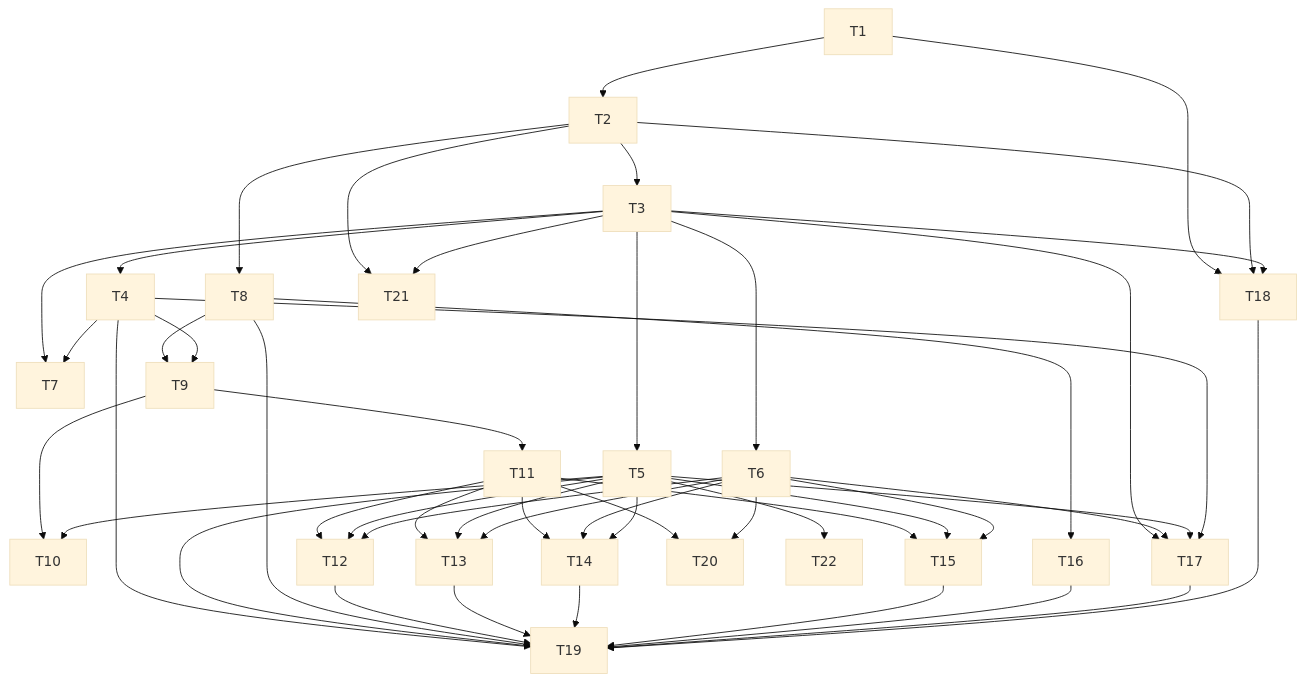
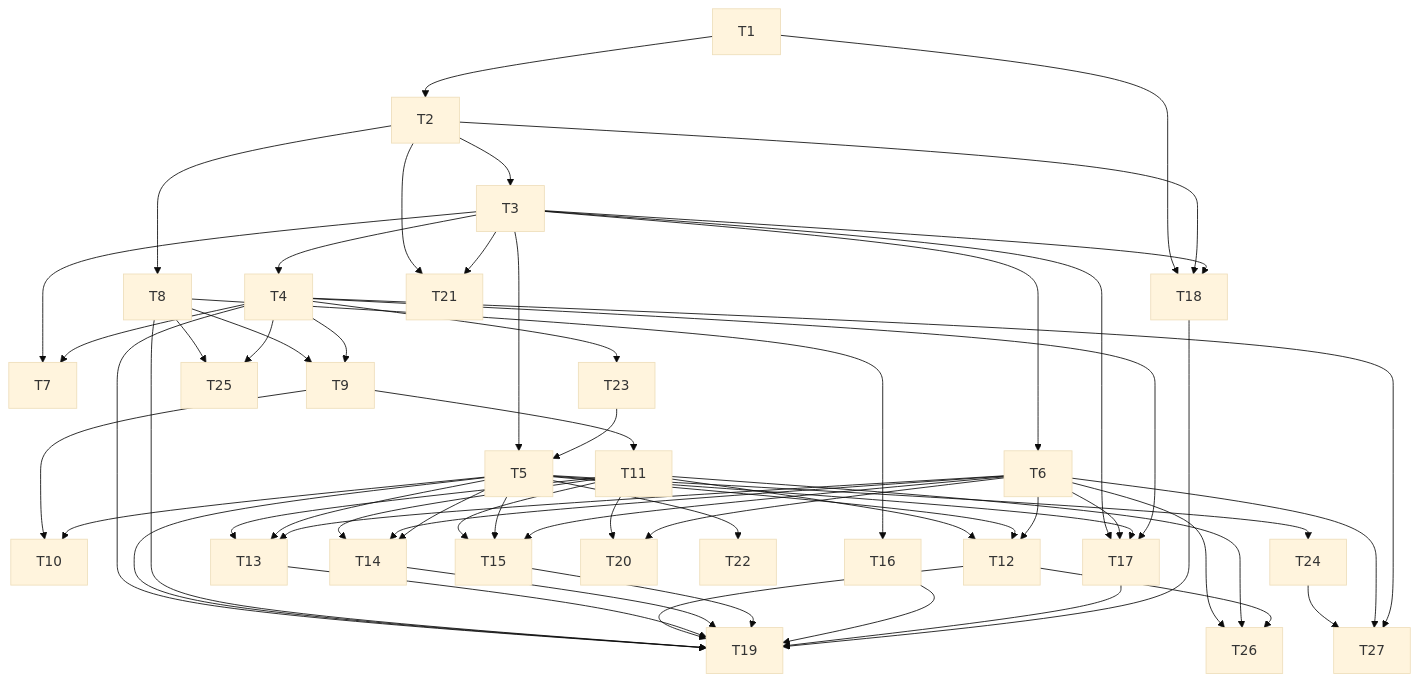
One commit to jkk-AFK/Mini-Game changed the diagram in docs/atomized_tasks.md. Above: the diagram before and after it, drawn with Mermaid (base theme). The commit also changed other lines of this file and 34 other files, not shown here.

````diff
--- a/docs/atomized_tasks.md
+++ b/docs/atomized_tasks.md
@@ -32,51 +37,62 @@
 ```mermaid
 graph TD
   T1 --> T2
   T2 --> T3
   T3 --> T4
   T3 --> T5
   T3 --> T6
   T3 --> T7
   T2 --> T8
   T8 --> T9
   T9 --> T10
   T9 --> T11
   T11 --> T12
   T11 --> T13
   T11 --> T14
   T11 --> T15
   T6 --> T14
   T5 --> T10
   T5 --> T12
   T5 --> T13
   T5 --> T14
   T5 --> T15
   T4 --> T9
   T4 --> T7
   T6 --> T12
   T6 --> T13
   T6 --> T15
   T8 --> T16
   T3 --> T17
   T6 --> T17
   T5 --> T17
   T4 --> T17
   T1 --> T18
   T2 --> T18
   T3 --> T18
   T4 --> T19
   T5 --> T19
   T8 --> T19
   T12 --> T19
   T13 --> T19
   T14 --> T19
   T15 --> T19
   T16 --> T19
   T17 --> T19
   T18 --> T19
   T11 --> T20
   T6 --> T20
   T2 --> T21
   T3 --> T21
   T5 --> T22
+  T4 --> T23
+  T23 --> T5
+  T5 --> T24
+  T24 --> T27
+  T8 --> T25
+  T4 --> T25
+  T6 --> T26
+  T11 --> T26
+  T12 --> T26
+  T6 --> T27
+  T4 --> T27
 ```
````
